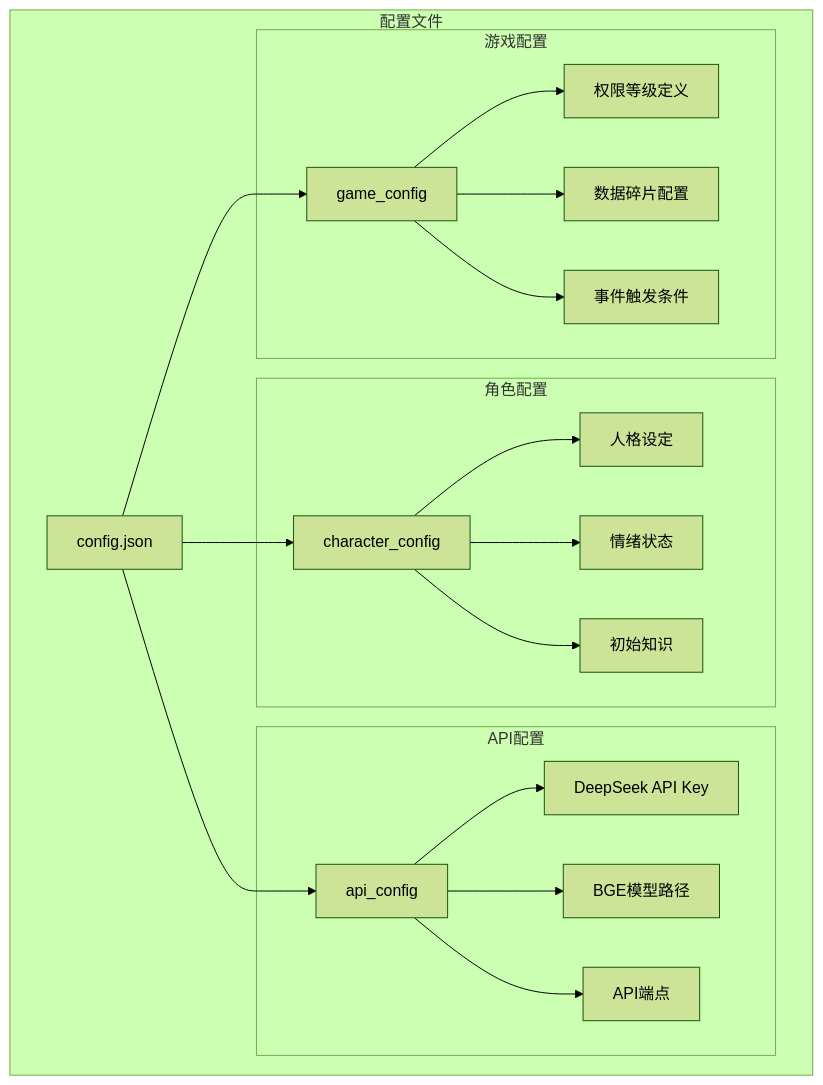
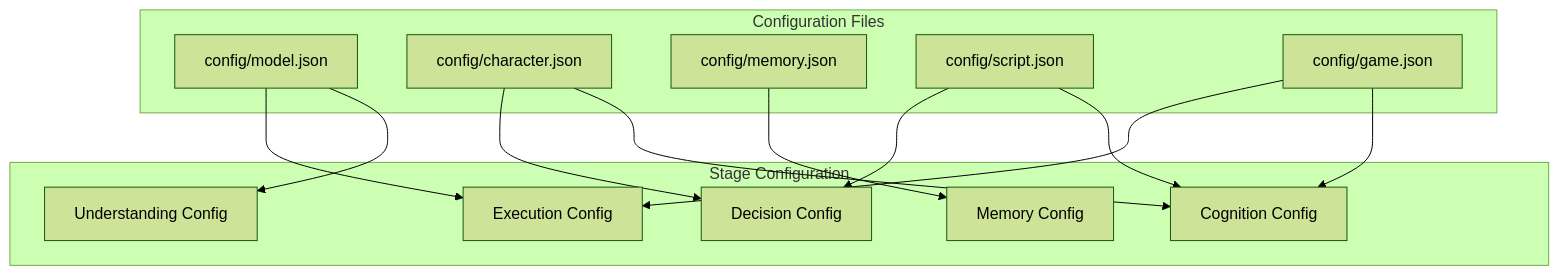
Before and after one commit to HeDaas-Code/Neo_Agent: the tenth of 10 diagrams in .tr/mermaid.md, drawn with Mermaid (forest theme). The commit also changed other lines of this file and 5 other files, not shown here.

````diff
--- a/.tr/mermaid.md
+++ b/.tr/mermaid.md
@@ -232,43 +402,28 @@
 ```mermaid
 graph TB
-    subgraph "配置文件"
-        Config[config.json]
-        
-        subgraph "角色配置"
-            CharConfig[character_config]
-            Personality[人格设定]
-            Emotions[情绪状态]
-            Knowledge[初始知识]
-        end
-        
-        subgraph "API配置"
-            APIConfig[api_config]
-            DeepSeekKey[DeepSeek API Key]
-            BGEPath[BGE模型路径]
-            Endpoints[API端点]
-        end
-        
-        subgraph "游戏配置"
-            GameConfig[game_config]
-            Permissions[权限等级定义]
-            Fragments[数据碎片配置]
-            Events[事件触发条件]
-        end
+    subgraph "Configuration Files"
+        C1[config/model.json]
+        C2[config/character.json]
+        C3[config/memory.json]
+        C4[config/script.json]
+        C5[config/game.json]
     end
     
-    Config --> CharConfig
-    Config --> APIConfig
-    Config --> GameConfig
+    subgraph "Stage Configuration"
+        SC1[Cognition Config]
+        SC2[Memory Config]
+        SC3[Understanding Config]
+        SC4[Decision Config]
+        SC5[Execution Config]
+    end
     
-    CharConfig --> Personality
-    CharConfig --> Emotions
-    CharConfig --> Knowledge
-    
-    APIConfig --> DeepSeekKey
-    APIConfig --> BGEPath
-    APIConfig --> Endpoints
-    
-    GameConfig --> Permissions
-    GameConfig --> Fragments
-    GameConfig --> Events
+    C1 --> SC3
+    C1 --> SC5
+    C2 --> SC1
+    C2 --> SC4
+    C3 --> SC2
+    C4 --> SC1
+    C4 --> SC4
+    C5 --> SC1
+    C5 --> SC5
 ```
````
